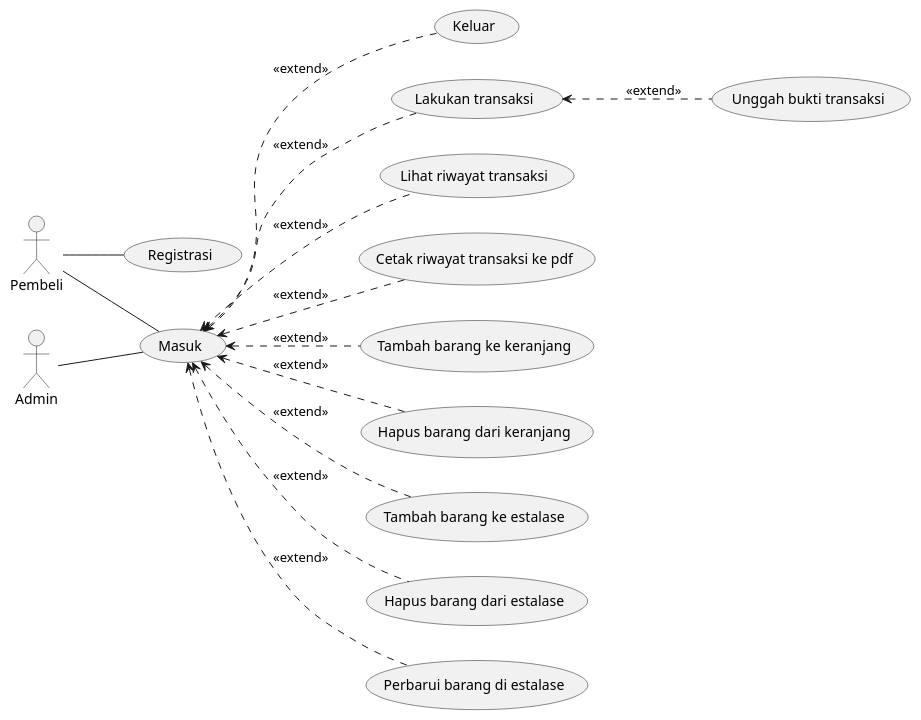
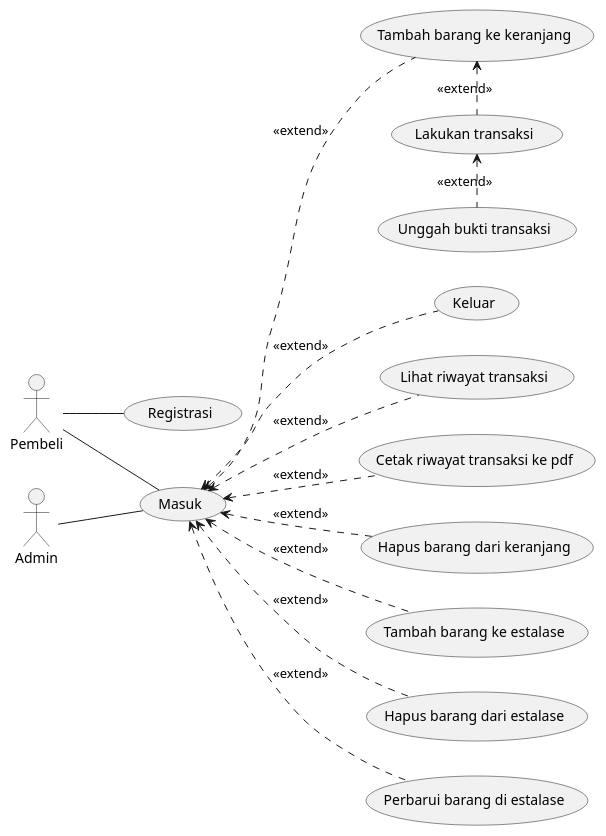
One commit to stnDinus/skpl_apbo_diagrams changed the diagram in use_case.puml. Above: the diagram before and after it, drawn with PlantUML.

Commit message:
fix: extend trx

```diff
--- a/use_case.puml
+++ b/use_case.puml
@@ -1,38 +1,39 @@
 @startuml
 left to right direction
 
 actor Pembeli as usr
 actor Admin as root
 
 (Masuk) as signin
 (Registrasi) as signup
 (Keluar) as signout
 (Lakukan transaksi) as trx
 (Unggah bukti transaksi) as up_trx_receipt
 (Lihat riwayat transaksi) as trx_history
 (Cetak riwayat transaksi ke pdf) as pdf_trx_history
 (Tambah barang ke keranjang) as add_cart
 (Hapus barang dari keranjang) as del_cart
 (Tambah barang ke estalase) as crt_item
 (Hapus barang dari estalase) as del_item
 (Perbarui barang di estalase) as upd_item
 
 usr -- signin
 usr -- signup
 
 root -- signin
 
-signin <.. trx: <<extend>>
 signin <.. trx_history: <<extend>>
 signin <.. pdf_trx_history: <<extend>>
 signin <.. add_cart: <<extend>>
 signin <.. del_cart: <<extend>>
 signin <.. signout: <<extend>>
 
-trx <.. up_trx_receipt: <<extend>>
+add_cart <. trx: <<extend>>
+
+trx <. up_trx_receipt: <<extend>>
 
 signin <.. crt_item: <<extend>>
 signin <.. del_item: <<extend>>
 signin <.. upd_item: <<extend>>
 
 @enduml
```
